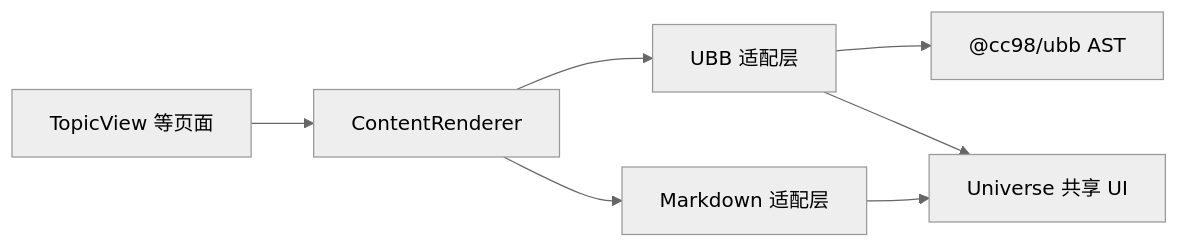
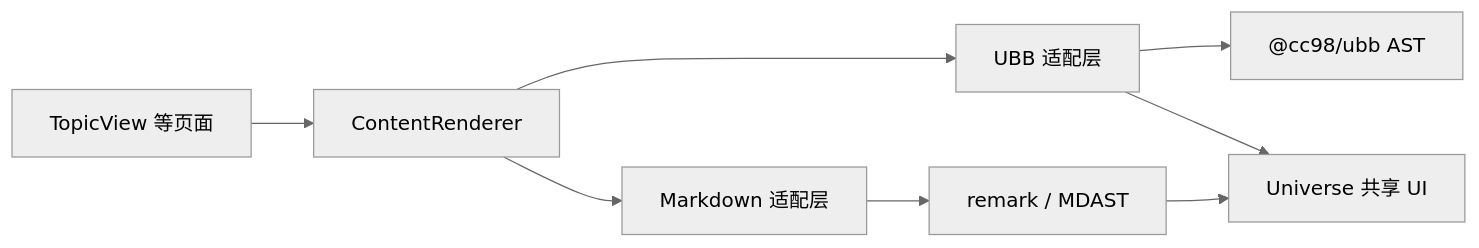
The third of 4 diagrams in ARCHITECTURE.md (shellRaining/cc98), drawn with Mermaid (neutral theme) before and after one commit. The commit also changed other lines of this file and 18 other files, not shown here.

Commit message:
feat(markdown): 迁移 Milkdown 与 remark

````diff
--- a/ARCHITECTURE.md
+++ b/ARCHITECTURE.md
@@ -48,9 +48,10 @@
 ```mermaid
 flowchart LR
   page["TopicView 等页面"] --> content["ContentRenderer"]
   content --> ubb["UBB 适配层"]
   content --> markdown["Markdown 适配层"]
   ubb --> parser["@cc98/ubb AST"]
   ubb --> universe["Universe 共享 UI"]
-  markdown --> universe
+  markdown --> remark["remark / MDAST"]
+  remark --> universe
 ```
````
